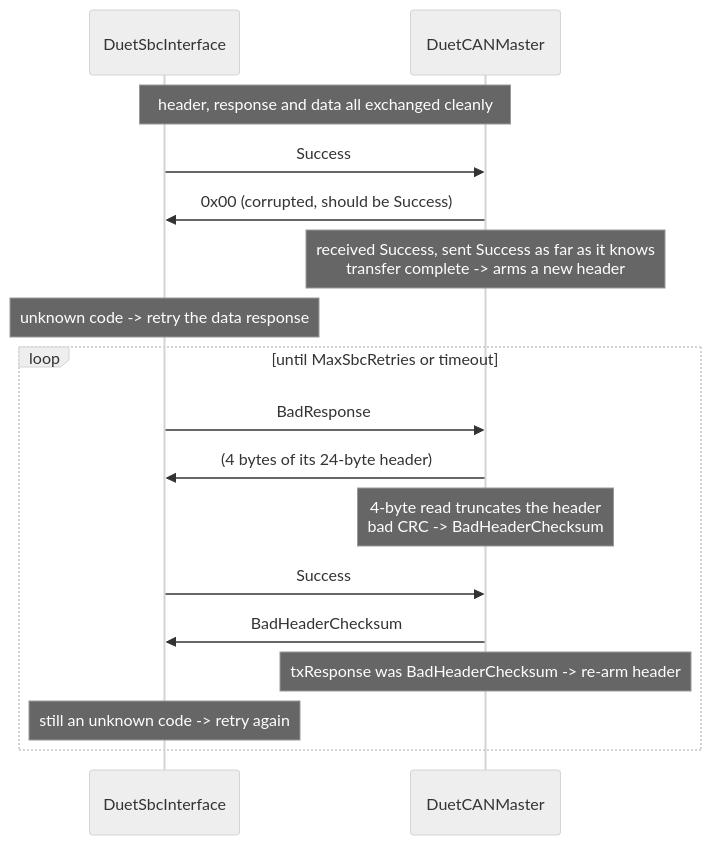
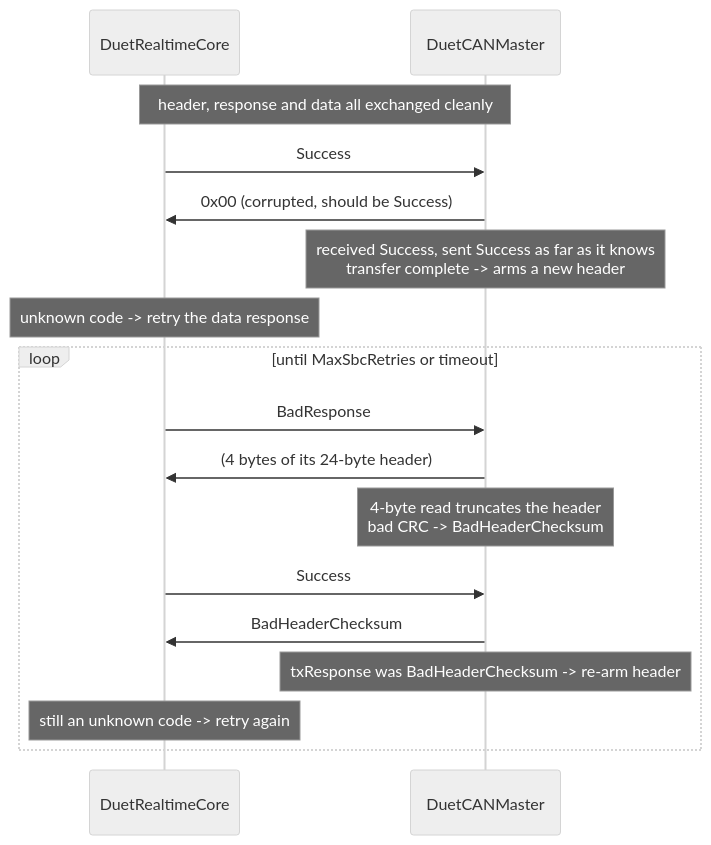
Before and after one commit to Duet3D/DuetSoftwareFramework: the fourth of 4 diagrams in src/Documentation/articles/spi-state-machine.md, drawn with Mermaid (neutral theme). The commit also changed other lines of this file and 154 other files, not shown here.

First line of the commit message:
refactor: rename DuetSbcInterface to DuetRealtimeCore

````diff
--- a/src/Documentation/articles/spi-state-machine.md
+++ b/src/Documentation/articles/spi-state-machine.md
@@ -385,21 +385,21 @@
 ```mermaid
 sequenceDiagram
-    participant SBC as DuetSbcInterface
+    participant SBC as DuetRealtimeCore
     participant CTRL as DuetCANMaster
 
     Note over SBC,CTRL: header, response and data all exchanged cleanly
     SBC->>CTRL: Success
     CTRL->>SBC: 0x00 (corrupted, should be Success)
     Note over CTRL: received Success, sent Success as far as it knows<br/>transfer complete -> arms a new header
     Note over SBC: unknown code -> retry the data response
 
     loop until MaxSbcRetries or timeout
         SBC->>CTRL: BadResponse
         CTRL->>SBC: (4 bytes of its 24-byte header)
         Note over CTRL: 4-byte read truncates the header<br/>bad CRC -> BadHeaderChecksum
         SBC->>CTRL: Success
         CTRL->>SBC: BadHeaderChecksum
         Note over CTRL: txResponse was BadHeaderChecksum -> re-arm header
         Note over SBC: still an unknown code -> retry again
     end
 ```
````
